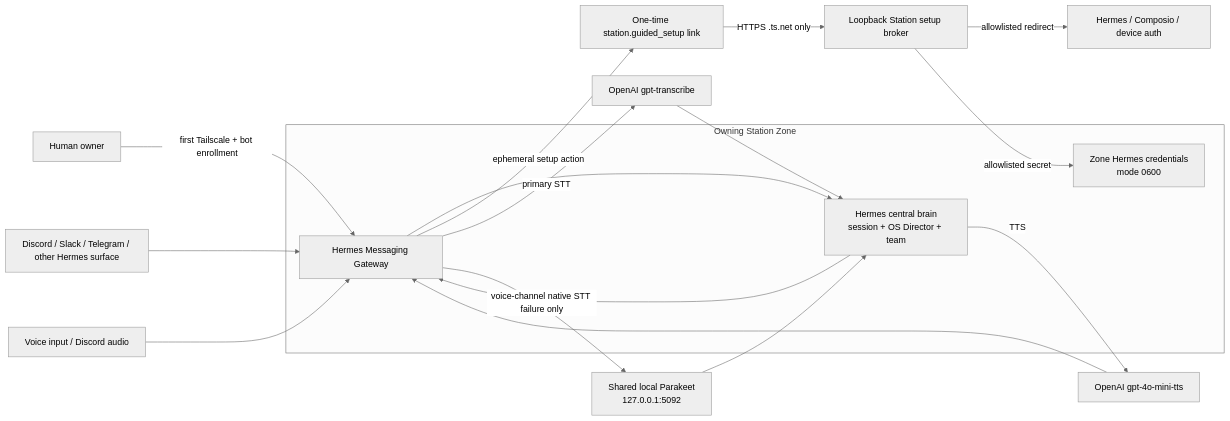
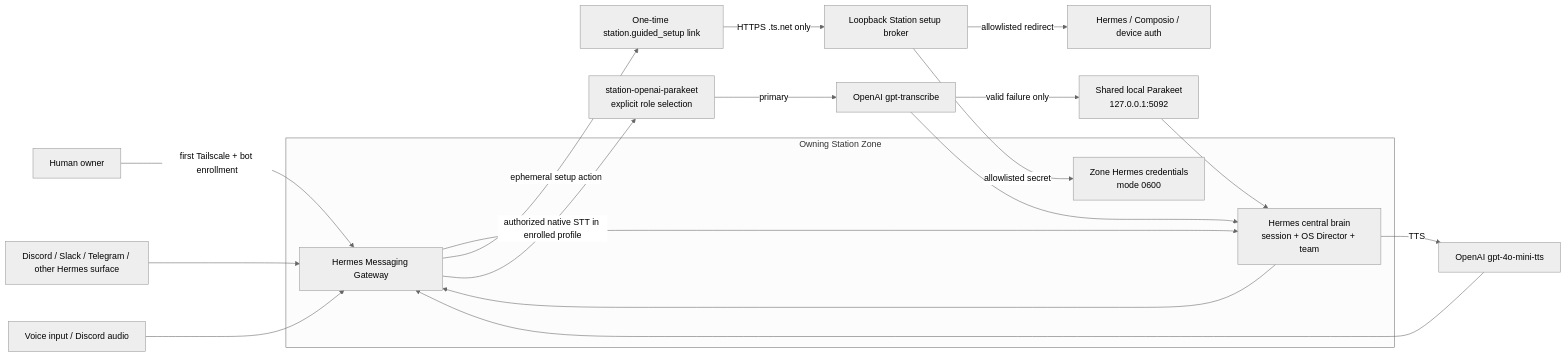
Before and after one commit to agentik-os/agentik-station: the diagram in docs/diagrams/15_GUIDED_SETUP_AND_VOICE.mmd, drawn with Mermaid (neutral theme). The commit also changed 28 other files, not shown here.

Commit message:
feat: add scoped native voice fallback with guarded enrollment

```diff
--- a/docs/diagrams/15_GUIDED_SETUP_AND_VOICE.mmd
+++ b/docs/diagrams/15_GUIDED_SETUP_AND_VOICE.mmd
@@ -1,24 +1,25 @@
 flowchart LR
     HUMAN[Human owner] -->|first Tailscale + bot enrollment| GATEWAY
     SURFACE[Discord / Slack / Telegram / other Hermes surface] --> GATEWAY
 
     subgraph ZONE[Owning Station Zone]
         GATEWAY[Hermes Messaging Gateway]
         BRAIN[Hermes central brain<br/>session + OS Director + team]
         CREDS[Zone Hermes credentials<br/>mode 0600]
         GATEWAY --> BRAIN
         BRAIN --> GATEWAY
     end
 
     GATEWAY -->|ephemeral setup action| LINK[One-time station.guided_setup link]
     LINK -->|HTTPS .ts.net only| BROKER[Loopback Station setup broker]
     BROKER -->|allowlisted secret| CREDS
     BROKER -->|allowlisted redirect| AUTH[Hermes / Composio / device auth]
 
     AUDIO[Voice input / Discord audio] --> GATEWAY
-    GATEWAY -->|primary STT| OPENAI_STT[OpenAI gpt-transcribe]
-    GATEWAY -->|voice-channel native STT failure only| PARAKEET[Shared local Parakeet<br/>127.0.0.1:5092]
+    GATEWAY -->|authorized native STT in enrolled profile| STT[station-openai-parakeet<br/>explicit role selection]
+    STT -->|primary| OPENAI_STT[OpenAI gpt-transcribe]
+    OPENAI_STT -->|valid failure only| PARAKEET[Shared local Parakeet<br/>127.0.0.1:5092]
     OPENAI_STT --> BRAIN
     PARAKEET --> BRAIN
     BRAIN -->|TTS| OPENAI_TTS[OpenAI gpt-4o-mini-tts]
     OPENAI_TTS --> GATEWAY
```
